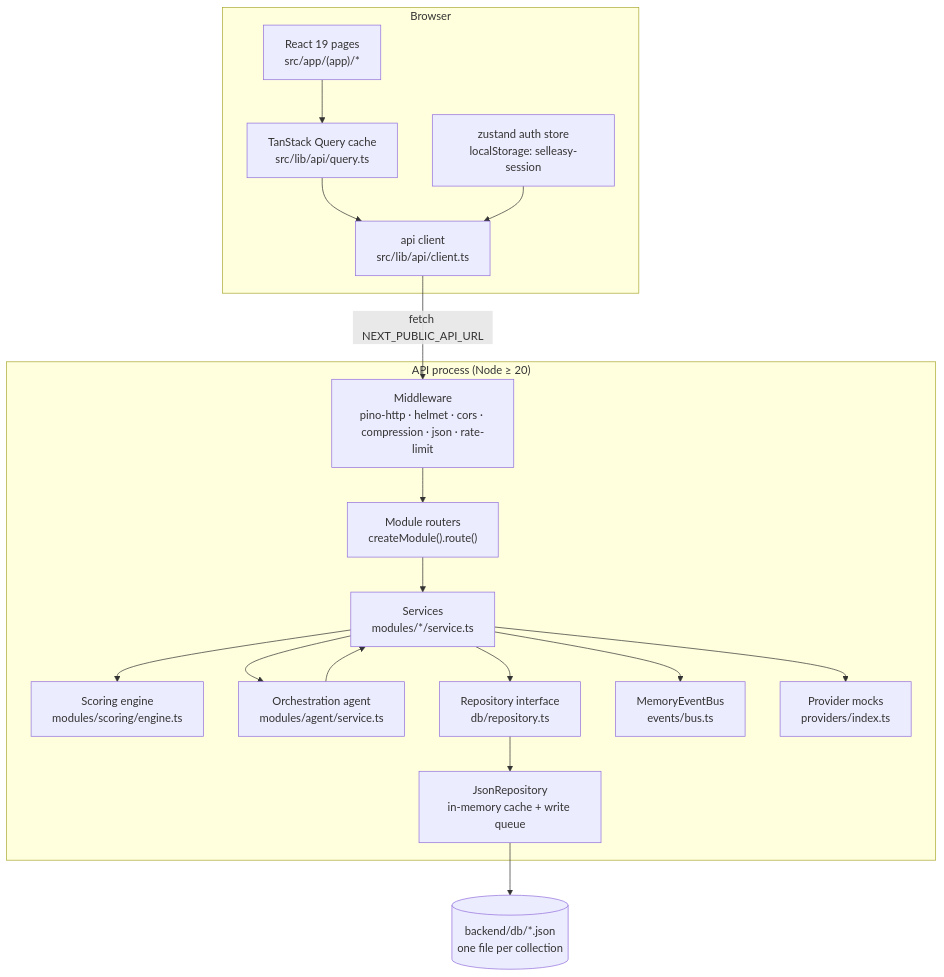
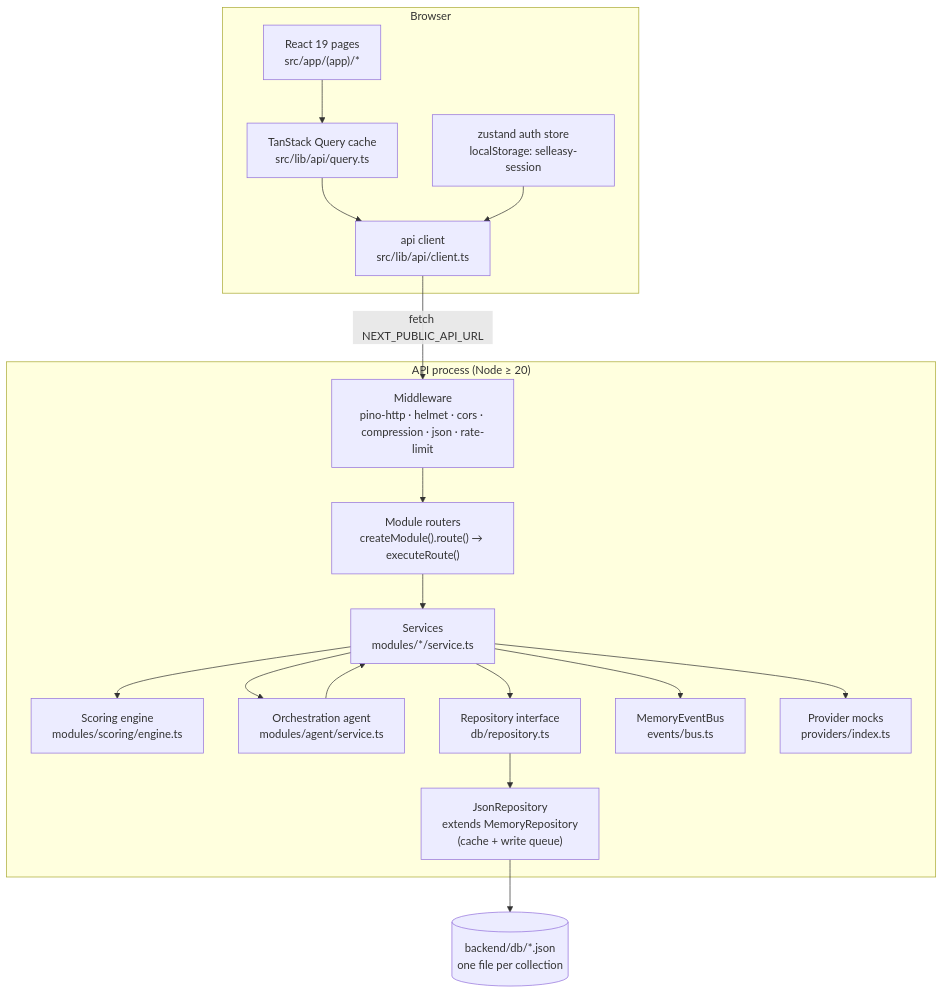
One commit to adarsh-dev-hs/sell-easy-docs changed the second of 6 diagrams in content/docs/engineering/architecture.mdx. Above: the diagram before and after it, drawn with Mermaid. The commit also changed other lines of this file and 56 other files, not shown here.

````diff
--- a/content/docs/engineering/architecture.mdx
+++ b/content/docs/engineering/architecture.mdx
@@ -41,34 +43,34 @@
 ```mermaid
 flowchart TB
   subgraph Browser
     ui["React 19 pages<br/>src/app/(app)/*"]
     rq["TanStack Query cache<br/>src/lib/api/query.ts"]
     auth["zustand auth store<br/>localStorage: selleasy-session"]
     ui --> rq
     rq --> client["api client<br/>src/lib/api/client.ts"]
     auth --> client
   end
 
   subgraph "API process (Node ≥ 20)"
     mw["Middleware<br/>pino-http · helmet · cors · compression · json · rate-limit"]
-    routes["Module routers<br/>createModule().route()"]
+    routes["Module routers<br/>createModule().route() → executeRoute()"]
     services["Services<br/>modules/*/service.ts"]
     engine["Scoring engine<br/>modules/scoring/engine.ts"]
     agent["Orchestration agent<br/>modules/agent/service.ts"]
     repo["Repository interface<br/>db/repository.ts"]
-    json["JsonRepository<br/>in-memory cache + write queue"]
+    json["JsonRepository<br/>extends MemoryRepository<br/>(cache + write queue)"]
     bus["MemoryEventBus<br/>events/bus.ts"]
     prov["Provider mocks<br/>providers/index.ts"]
     mw --> routes --> services
     services --> engine
     services --> agent
     services --> repo --> json
     services --> bus
     services --> prov
     agent --> services
   end
 
   files[("backend/db/*.json<br/>one file per collection")]
   client -->|"fetch NEXT_PUBLIC_API_URL"| mw
   json --> files
 ```
````
